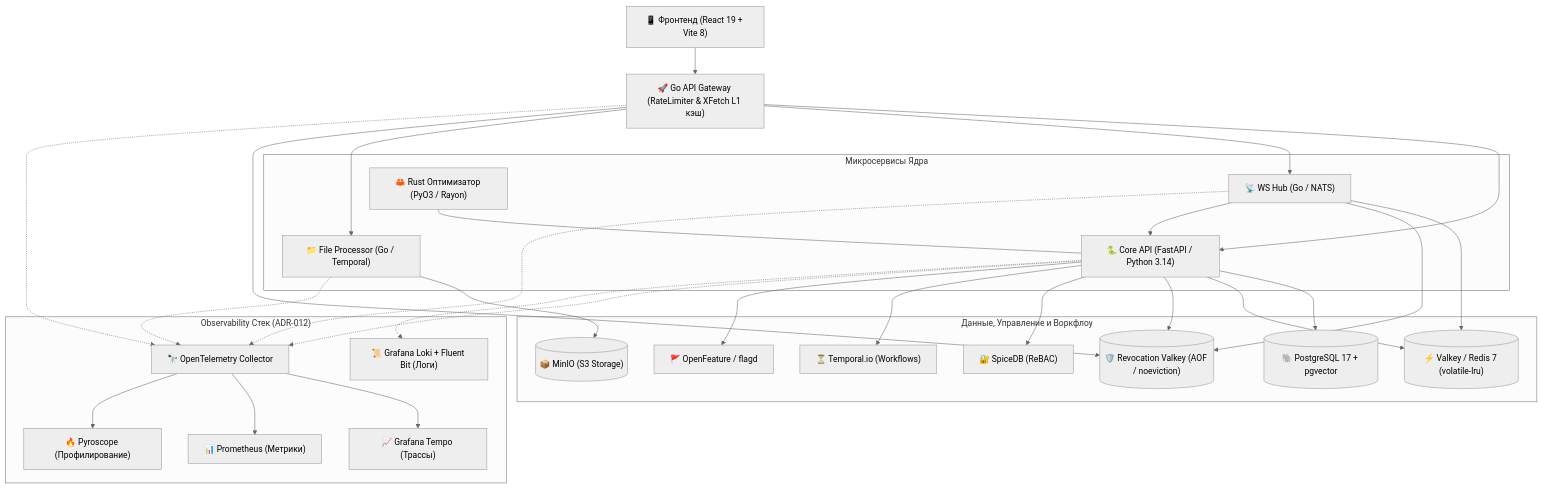
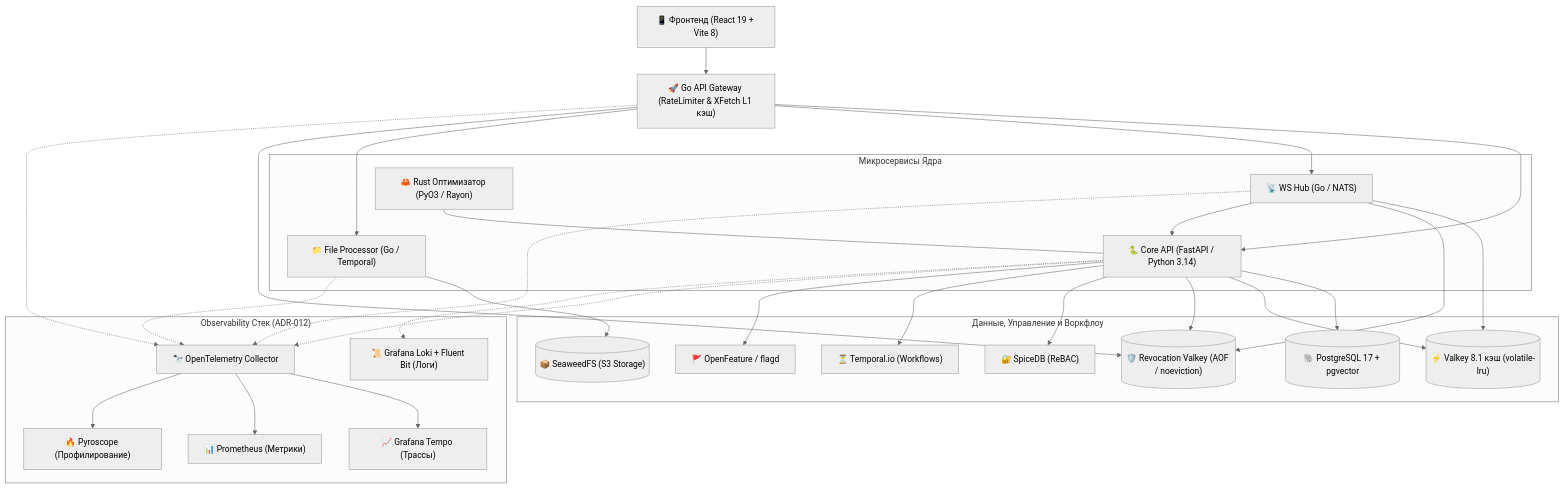
Before and after one commit to egorribun/university_ecosystem: the first of 3 diagrams in README.ru.md, drawn with Mermaid (neutral theme). The commit also changed other lines of this file and 2097 other files, not shown here.

````diff
--- a/README.ru.md
+++ b/README.ru.md
@@ -85,59 +90,59 @@
 ```mermaid
 graph TD
     Client["📱 Фронтенд (React 19 + Vite 8)"]
     Gateway["🚀 Go API Gateway (RateLimiter & XFetch L1 кэш)"]
 
     subgraph "Микросервисы Ядра"
         Backend["🐍 Core API (FastAPI / Python 3.14)"]
         WSHub["📡 WS Hub (Go / NATS)"]
         FileProc["📁 File Processor (Go / Temporal)"]
         Optimizer["🦀 Rust Оптимизатор (PyO3 / Rayon)"]
     end
 
     subgraph "Данные, Управление и Воркфлоу"
         Postgres[("🐘 PostgreSQL 17 + pgvector")]
-        Valkey[("⚡ Valkey / Redis 7 (volatile-lru)")]
+        Valkey[("⚡ Valkey 8.1 кэш (volatile-lru)")]
         Revocations[("🛡️ Revocation Valkey (AOF / noeviction)")]
-        MinIO[("📦 MinIO (S3 Storage)")]
+        MinIO[("📦 SeaweedFS (S3 Storage)")]
         Temporal["⏳ Temporal.io (Workflows)"]
         SpiceDB["🔐 SpiceDB (ReBAC)"]
         Flagd["🚩 OpenFeature / flagd"]
     end
 
     subgraph "Observability Стек (ADR-012)"
         OTEL["🔭 OpenTelemetry Collector"]
         Tempo["📈 Grafana Tempo (Трассы)"]
         Prometheus["📊 Prometheus (Метрики)"]
         Pyroscope["🔥 Pyroscope (Профилирование)"]
         Loki["📜 Grafana Loki + Fluent Bit (Логи)"]
     end
 
     Client --> Gateway
     Gateway --> Backend
     Gateway --> WSHub
     Gateway --> FileProc
 
     Backend --> Postgres
     Backend --> Valkey
     Backend --> Revocations
     Backend --> SpiceDB
     Backend --> Temporal
     Backend --> Flagd
 
     WSHub --> Valkey
     WSHub --> Revocations
     Gateway --> Revocations
     WSHub --> Backend
     FileProc --> MinIO
     Optimizer --- Backend
 
     Backend -.-> OTEL
     Gateway -.-> OTEL
     WSHub -.-> OTEL
     FileProc -.-> OTEL
 
     OTEL --> Tempo
     OTEL --> Prometheus
     OTEL --> Pyroscope
     Backend -.-> Loki
 ```
````
